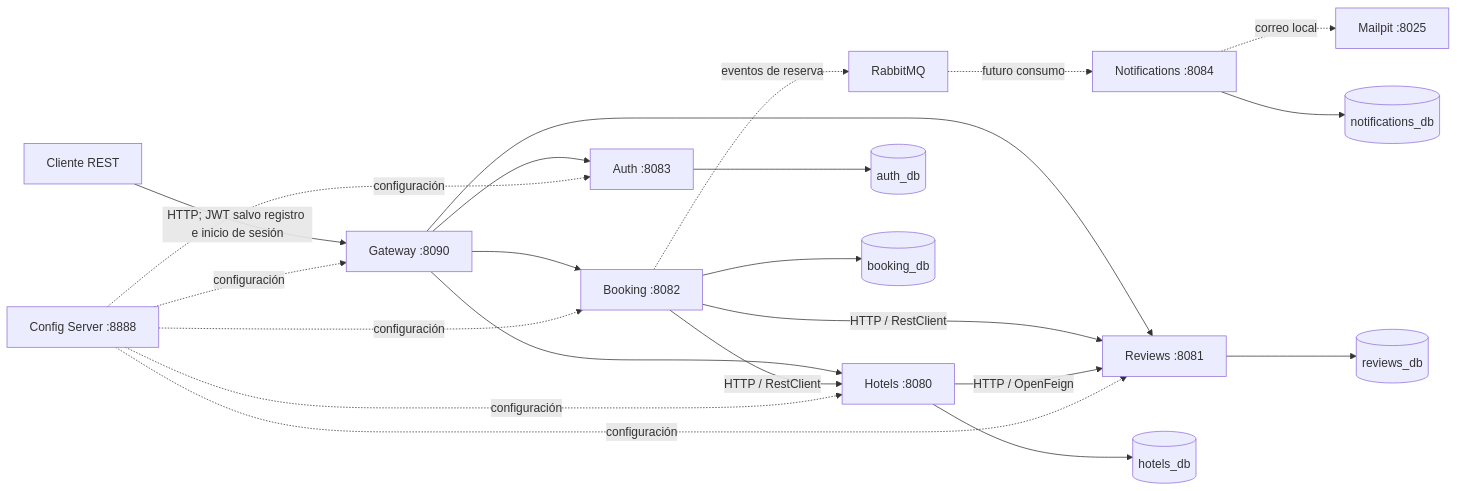
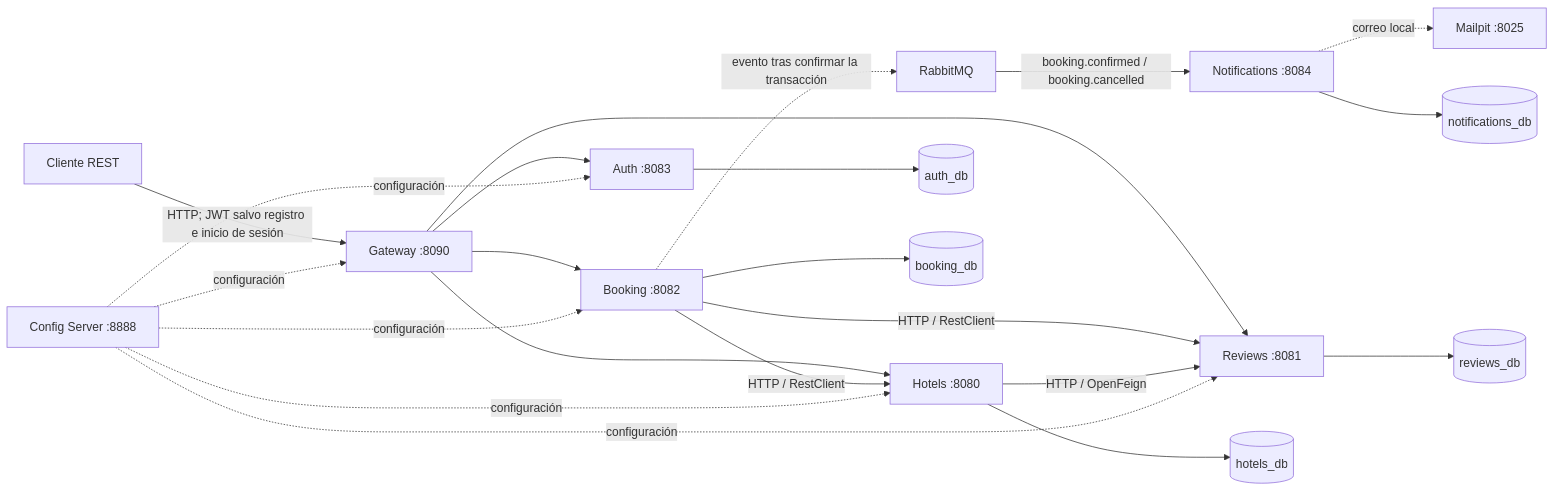
The diagram in README.md (alexmruiz/staybook-microservices), drawn with Mermaid before and after one commit. The commit also changed other lines of this file and 3 other files, not shown here.

Commit message:
feat: enhance Notifications Service documentation and clarify event handling with RabbitMQ

````diff
--- a/README.md
+++ b/README.md
@@ -23,27 +23,27 @@
 ```mermaid
 flowchart LR
     Client[Cliente REST] -->|HTTP; JWT salvo registro e inicio de sesión| Gateway[Gateway :8090]
     Gateway --> Auth[Auth :8083]
     Gateway --> Hotels[Hotels :8080]
     Gateway --> Booking[Booking :8082]
     Gateway --> Reviews[Reviews :8081]
 
     Booking -->|HTTP / RestClient| Hotels
     Booking -->|HTTP / RestClient| Reviews
     Hotels -->|HTTP / OpenFeign| Reviews
-    Booking -. eventos de reserva .-> Rabbit[RabbitMQ]
-    Rabbit -. futuro consumo .-> Notifications[Notifications :8084]
+    Booking -. evento tras confirmar la transacción .-> Rabbit[RabbitMQ]
+    Rabbit -->|booking.confirmed / booking.cancelled| Notifications[Notifications :8084]
     Notifications --> NotificationsDB[(notifications_db)]
     Notifications -. correo local .-> Mailpit[Mailpit :8025]
 
     Auth --> AuthDB[(auth_db)]
     Hotels --> HotelsDB[(hotels_db)]
     Booking --> BookingDB[(booking_db)]
     Reviews --> ReviewsDB[(reviews_db)]
 
     Config[Config Server :8888] -. configuración .-> Auth
     Config -. configuración .-> Hotels
     Config -. configuración .-> Booking
     Config -. configuración .-> Reviews
     Config -. configuración .-> Gateway
 ```
````
